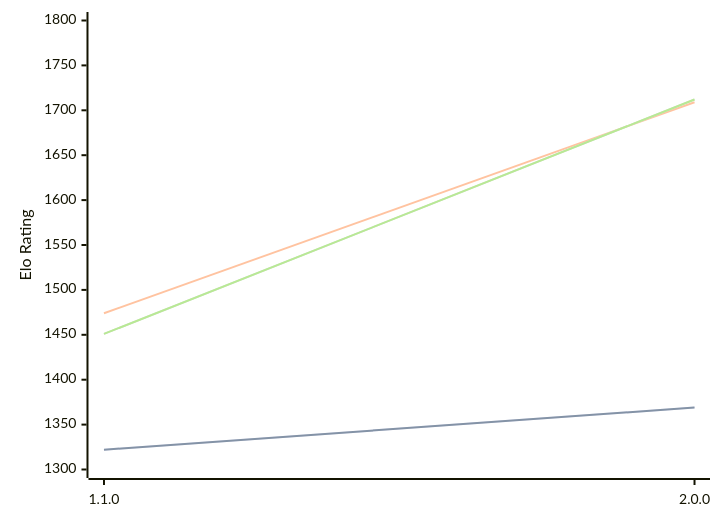
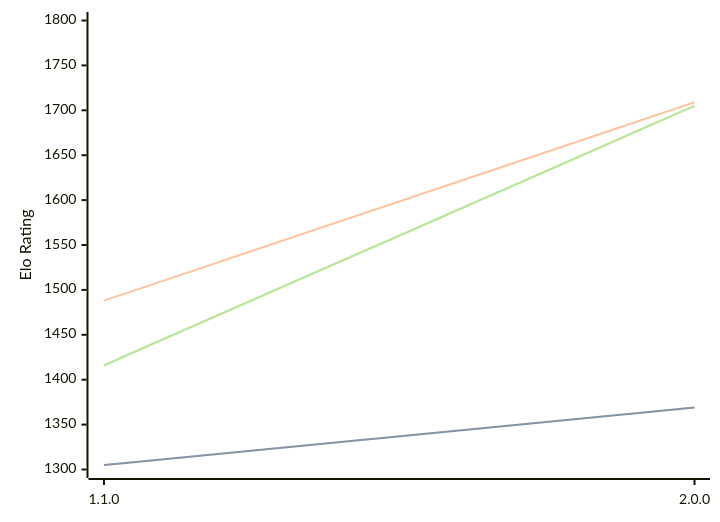
Before and after one commit to computer-chess-index/cci: the diagram in engines/Laura.md, drawn with Mermaid. The commit also changed other lines of this file, not shown here.

Commit message:
Update CCI Ratings (ELO VLTC) - 2026-04-27

````diff
--- a/engines/Laura.md
+++ b/engines/Laura.md
@@ -33,11 +33,11 @@
 ```mermaid
 %%{init: {"theme":"base","themeVariables":{"seriesColors:['#a3a3a3','#222221','#faa371']}}}%%
 xychart-beta
   x-axis ["1.1.0", "2.0.0"]
   y-axis "Elo Rating" 1300 --> 1800
-  line "STC (8.0+0.08s)" [1322, 1369]
-  line "STC (8.0+0.08s)" [1322, 1369]
-  line "LTC (60.0+0.60s)" [1474, 1709]
-  line "VLTC (2m24s+1.12s)" [1451, 1712]
-  line "VLTC (2m24s+1.12s)" [1451, 1712]
+  line "STC (8.0+0.08s)" [1305, 1369]
+  line "STC (8.0+0.08s)" [1305, 1369]
+  line "LTC (60.0+0.60s)" [1488, 1709]
+  line "VLTC (2m24s+1.12s)" [1416, 1705]
+  line "VLTC (2m24s+1.12s)" [1416, 1705]
 ```
````
